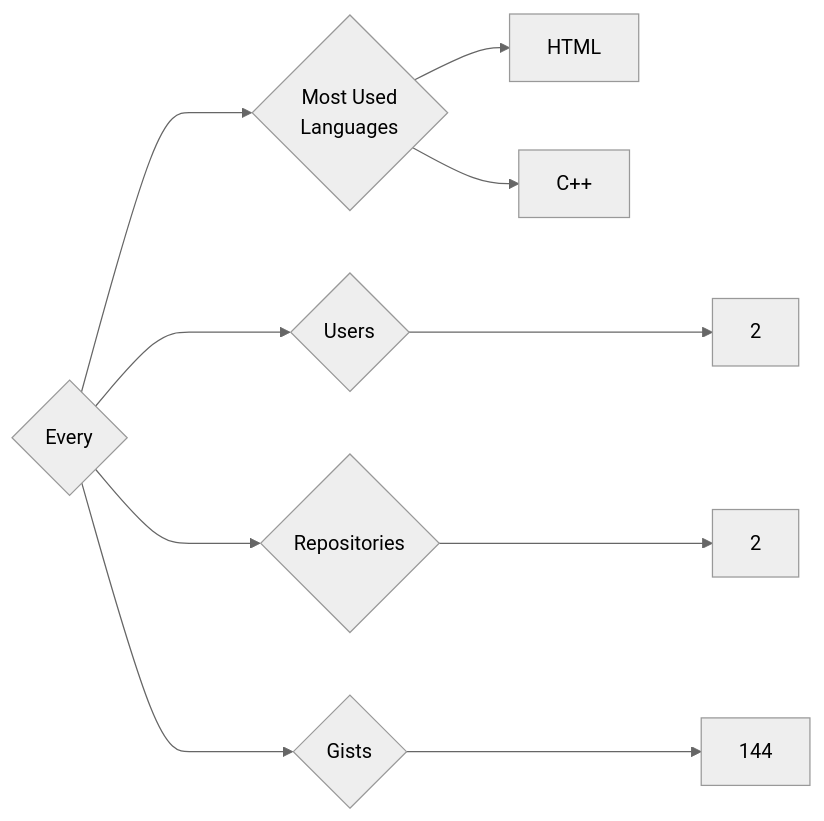
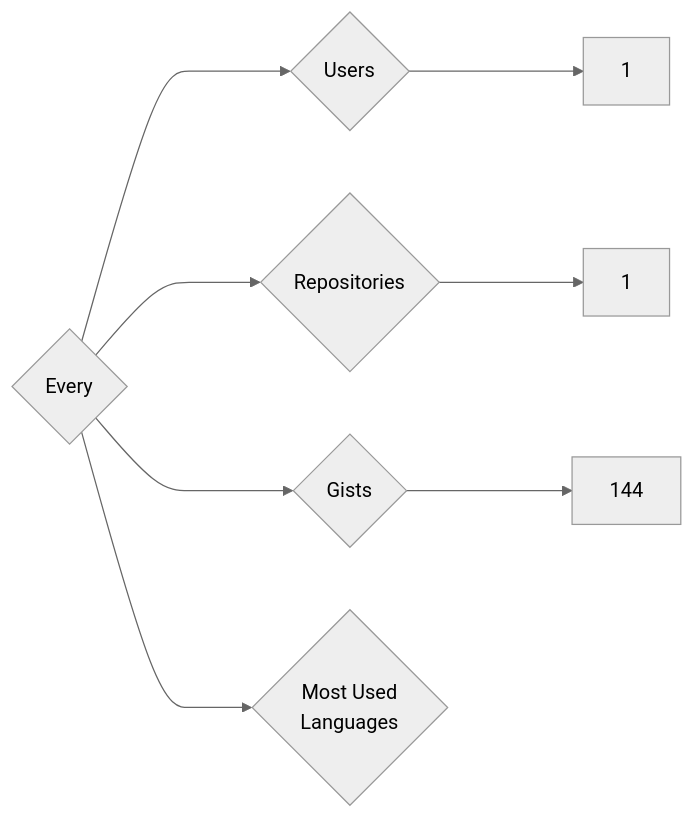
The diagram in targets/Every/README.md (trickest/insiders), drawn with Mermaid (neutral theme) before and after one commit. The commit also changed 618 other files, not shown here.

````diff
--- a/targets/Every/README.md
+++ b/targets/Every/README.md
@@ -3,10 +3,8 @@
 ```mermaid
 graph LR
 COMPANY_NAME{Every}
-COMPANY_NAME ---> U{Users} ---> UN[2]
-COMPANY_NAME ---> R{Repositories} ---> RN[2]
+COMPANY_NAME ---> U{Users} ---> UN[1]
+COMPANY_NAME ---> R{Repositories} ---> RN[1]
 COMPANY_NAME ---> G{Gists} ---> GN[144]
 COMPANY_NAME ---> ML{Most Used<br>Languages}
-ML --> HTML[HTML]
-ML --> C++[C++]
 ```
````
